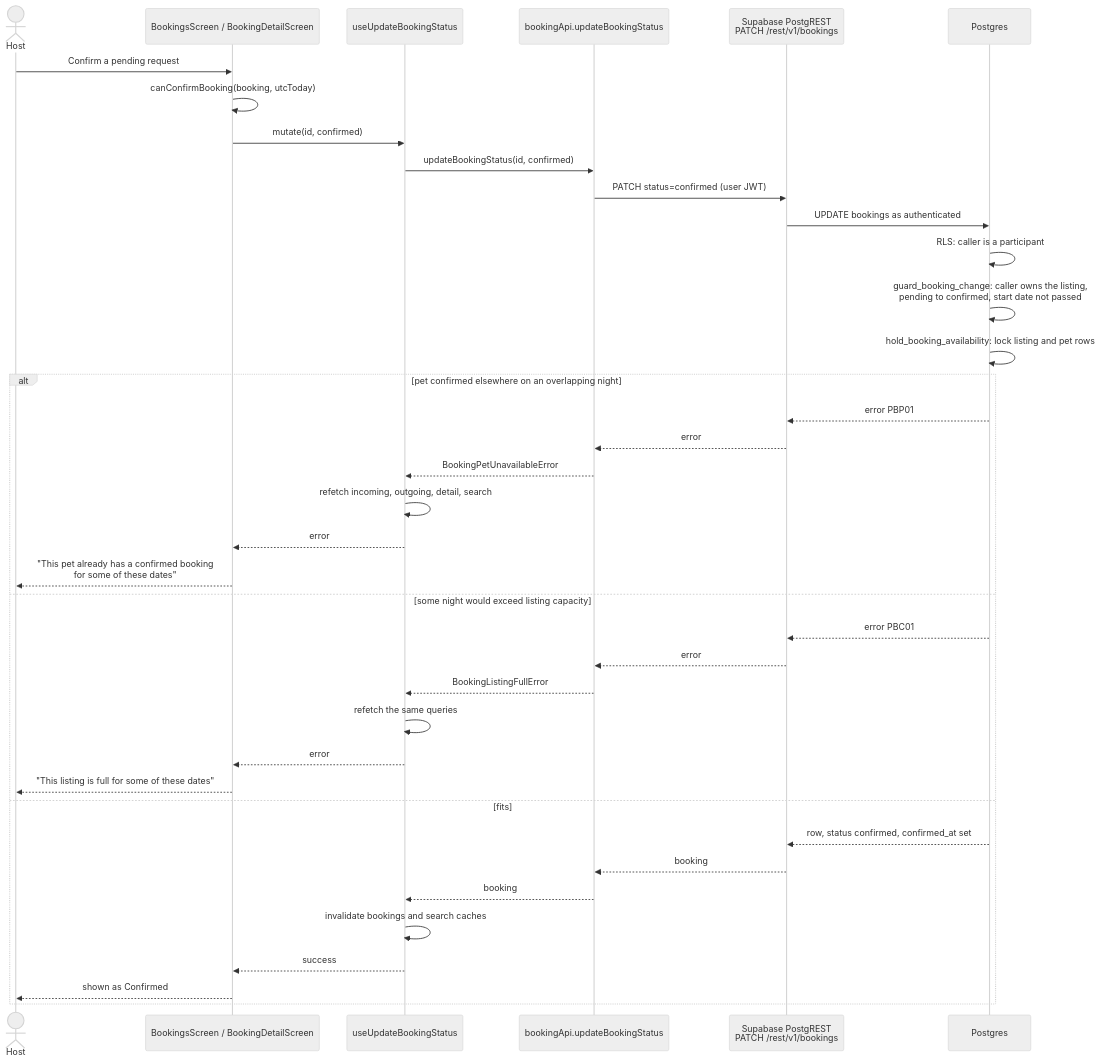
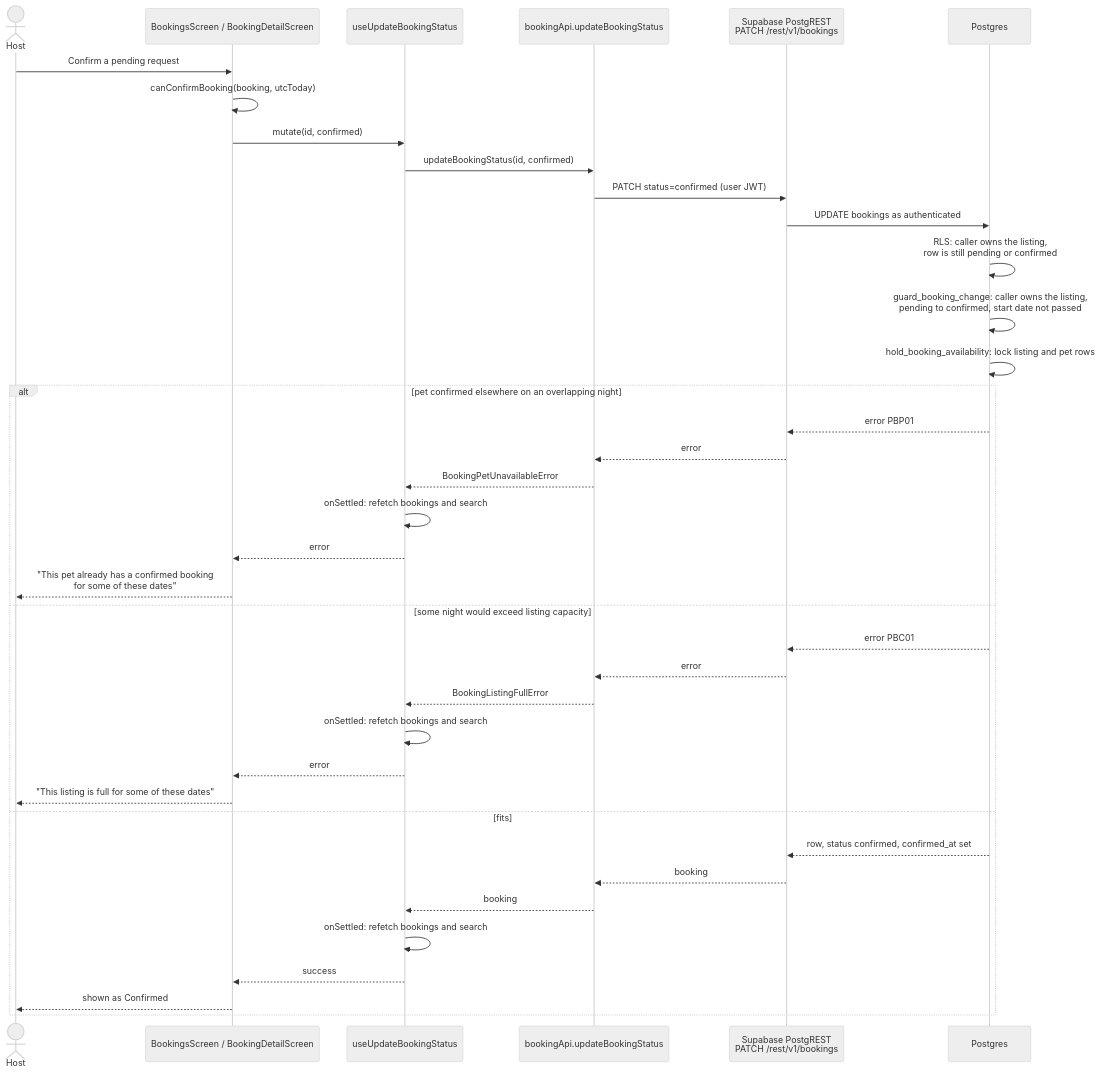
Before and after one commit to ziannsnp/petswap: the eighth of 14 diagrams in docs/design-document.md, drawn with Mermaid (neutral theme). The commit also changed other lines of this file and 1 other file, not shown here.

````diff
--- a/docs/design-document.md
+++ b/docs/design-document.md
@@ -303,41 +312,41 @@
 ```mermaid
 sequenceDiagram
     actor Host
     participant UI as BookingsScreen / BookingDetailScreen
     participant Hook as useUpdateBookingStatus
     participant API as bookingApi.updateBookingStatus
     participant REST as Supabase PostgREST<br/>PATCH /rest/v1/bookings
     participant DB as Postgres
 
     Host->>UI: Confirm a pending request
     UI->>UI: canConfirmBooking(booking, utcToday)
     UI->>Hook: mutate(id, confirmed)
     Hook->>API: updateBookingStatus(id, confirmed)
     API->>REST: PATCH status=confirmed (user JWT)
     REST->>DB: UPDATE bookings as authenticated
-    DB->>DB: RLS: caller is a participant
+    DB->>DB: RLS: caller owns the listing,<br/>row is still pending or confirmed
     DB->>DB: guard_booking_change: caller owns the listing,<br/>pending to confirmed, start date not passed
     DB->>DB: hold_booking_availability: lock listing and pet rows
     alt pet confirmed elsewhere on an overlapping night
         DB-->>REST: error PBP01
         REST-->>API: error
         API-->>Hook: BookingPetUnavailableError
-        Hook->>Hook: refetch incoming, outgoing, detail, search
+        Hook->>Hook: onSettled: refetch bookings and search
         Hook-->>UI: error
         UI-->>Host: "This pet already has a confirmed booking<br/>for some of these dates"
     else some night would exceed listing capacity
         DB-->>REST: error PBC01
         REST-->>API: error
         API-->>Hook: BookingListingFullError
-        Hook->>Hook: refetch the same queries
+        Hook->>Hook: onSettled: refetch bookings and search
         Hook-->>UI: error
         UI-->>Host: "This listing is full for some of these dates"
     else fits
         DB-->>REST: row, status confirmed, confirmed_at set
         REST-->>API: booking
         API-->>Hook: booking
-        Hook->>Hook: invalidate bookings and search caches
+        Hook->>Hook: onSettled: refetch bookings and search
         Hook-->>UI: success
         UI-->>Host: shown as Confirmed
     end
 ```
````
